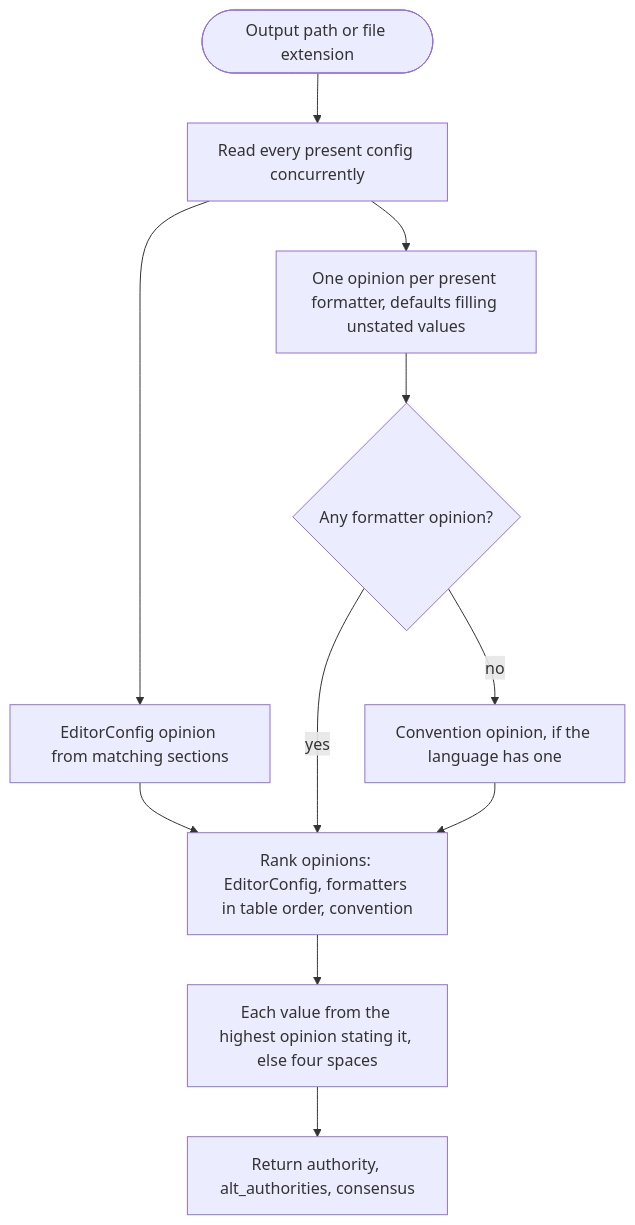
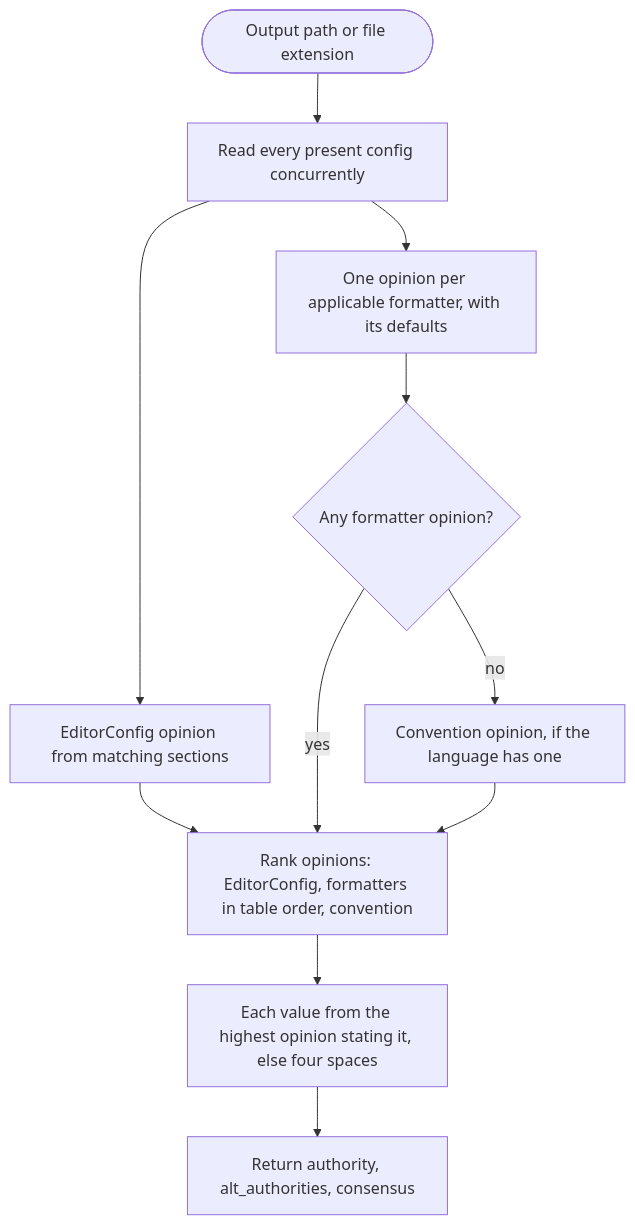
The diagram in claudine/features/2026-11-20-contextual-indents/spec.md (yankeeinlondon/rusty-biscuit), drawn with Mermaid before and after one commit. The commit also changed other lines of this file, not shown here.

````diff
--- a/claudine/features/2026-11-20-contextual-indents/spec.md
+++ b/claudine/features/2026-11-20-contextual-indents/spec.md
@@ -104,13 +109,13 @@
 ```mermaid
 flowchart TD
     start([Output path or file extension]) --> gather[Read every present config concurrently]
     gather --> ec[EditorConfig opinion from matching sections]
-    gather --> fmt[One opinion per present formatter, defaults filling unstated values]
+    gather --> fmt[One opinion per applicable formatter, with its defaults]
     fmt --> any{Any formatter opinion?}
     any -- no --> conv[Convention opinion, if the language has one]
     ec --> rank[Rank opinions: EditorConfig, formatters in table order, convention]
     any -- yes --> rank
     conv --> rank
     rank --> fill[Each value from the highest opinion stating it, else four spaces]
     fill --> result[Return authority, alt_authorities, consensus]
 ```
````
